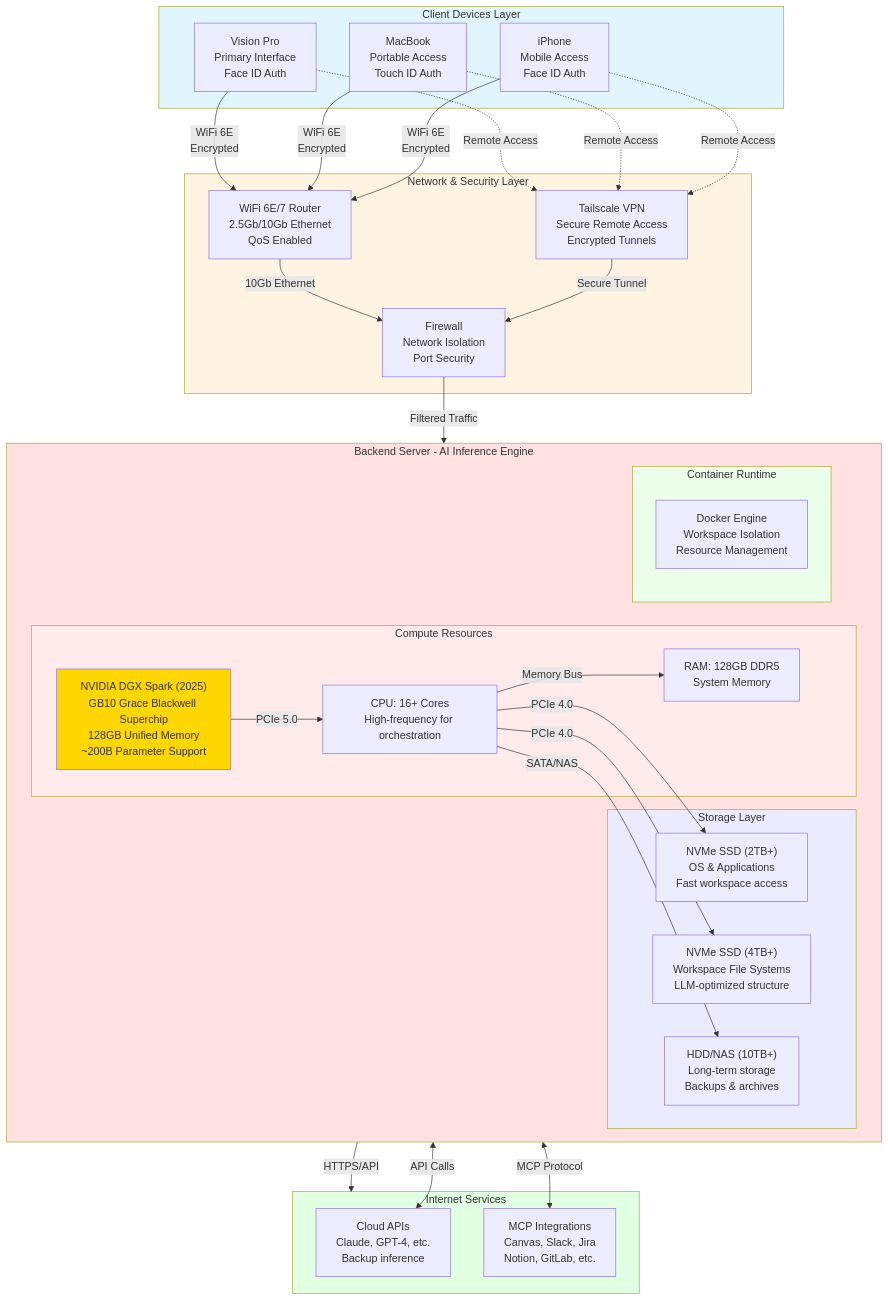
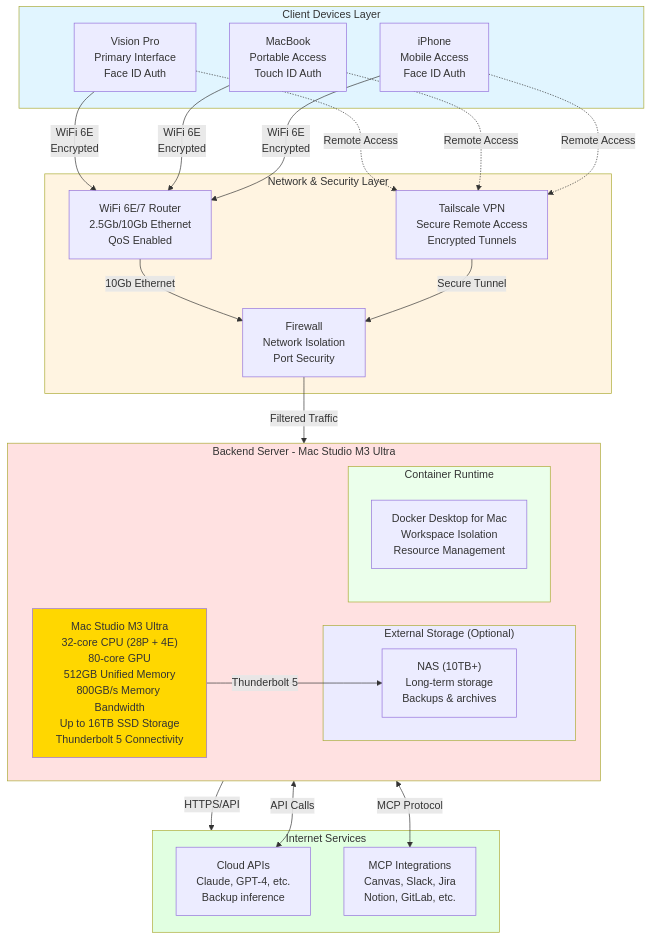
Before and after one commit to houseworthe/workspace-orchestrator: the diagram in HARDWARE_ARCHITECTURE.md, drawn with Mermaid. The commit also changed other lines of this file, not shown here.

First line of the commit message:
Replace PC build with Mac Studio M3 Ultra architecture

````diff
--- a/HARDWARE_ARCHITECTURE.md
+++ b/HARDWARE_ARCHITECTURE.md
@@ -5,75 +5,64 @@
 ```mermaid
 graph TB
     subgraph Client["Client Devices Layer"]
         VP["Vision Pro<br/>Primary Interface<br/>Face ID Auth"]
         MB["MacBook<br/>Portable Access<br/>Touch ID Auth"]
         IP["iPhone<br/>Mobile Access<br/>Face ID Auth"]
     end
 
     subgraph Network["Network & Security Layer"]
         Router["WiFi 6E/7 Router<br/>2.5Gb/10Gb Ethernet<br/>QoS Enabled"]
         VPN["Tailscale VPN<br/>Secure Remote Access<br/>Encrypted Tunnels"]
         FW["Firewall<br/>Network Isolation<br/>Port Security"]
     end
 
-    subgraph Server["Backend Server - AI Inference Engine"]
-        subgraph Compute["Compute Resources"]
-            GPU["NVIDIA DGX Spark (2025)<br/>GB10 Grace Blackwell Superchip<br/>128GB Unified Memory<br/>~200B Parameter Support"]
-            CPU["CPU: 16+ Cores<br/>High-frequency for orchestration"]
-            RAM["RAM: 128GB DDR5<br/>System Memory"]
-        end
+    subgraph Server["Backend Server - Mac Studio M3 Ultra"]
+        Studio["Mac Studio M3 Ultra<br/>32-core CPU (28P + 4E)<br/>80-core GPU<br/>512GB Unified Memory<br/>800GB/s Memory Bandwidth<br/>Up to 16TB SSD Storage<br/>Thunderbolt 5 Connectivity"]
 
-        subgraph Storage["Storage Layer"]
-            SSD1["NVMe SSD (2TB+)<br/>OS & Applications<br/>Fast workspace access"]
-            SSD2["NVMe SSD (4TB+)<br/>Workspace File Systems<br/>LLM-optimized structure"]
-            HDD["HDD/NAS (10TB+)<br/>Long-term storage<br/>Backups & archives"]
+        subgraph Storage["External Storage (Optional)"]
+            NAS["NAS (10TB+)<br/>Long-term storage<br/>Backups & archives"]
         end
 
         subgraph Runtime["Container Runtime"]
-            Docker["Docker Engine<br/>Workspace Isolation<br/>Resource Management"]
+            Docker["Docker Desktop for Mac<br/>Workspace Isolation<br/>Resource Management"]
         end
     end
 
     subgraph Internet["Internet Services"]
         Cloud["Cloud APIs<br/>Claude, GPT-4, etc.<br/>Backup inference"]
         MCP["MCP Integrations<br/>Canvas, Slack, Jira<br/>Notion, GitLab, etc."]
     end
 
     %% Client to Network Connections
     VP -->|WiFi 6E<br/>Encrypted| Router
     MB -->|WiFi 6E<br/>Encrypted| Router
     IP -->|WiFi 6E<br/>Encrypted| Router
 
     %% VPN for Remote Access
     VP -.->|Remote Access| VPN
     MB -.->|Remote Access| VPN
     IP -.->|Remote Access| VPN
 
     %% Network to Server
     Router -->|10Gb Ethernet| FW
     VPN -->|Secure Tunnel| FW
     FW -->|Filtered Traffic| Server
 
-    %% Server Internal
-    GPU -->|PCIe 5.0| CPU
-    CPU -->|Memory Bus| RAM
-    CPU -->|PCIe 4.0| SSD1
-    CPU -->|PCIe 4.0| SSD2
-    CPU -->|SATA/NAS| HDD
+    %% Server Internal (Unified Architecture)
+    Studio -->|Thunderbolt 5| NAS
 
     %% Server to Internet
     Server -->|HTTPS/API| Internet
 
     %% Internet connections
     Server <-->|API Calls| Cloud
     Server <-->|MCP Protocol| MCP
 
     style Client fill:#e1f5ff
     style Network fill:#fff4e1
     style Server fill:#ffe1e1
     style Internet fill:#e1ffe1
-    style GPU fill:#ffd700
-    style Compute fill:#ffebeb
+    style Studio fill:#ffd700
     style Storage fill:#ebebff
     style Runtime fill:#ebffeb
 ```
````
